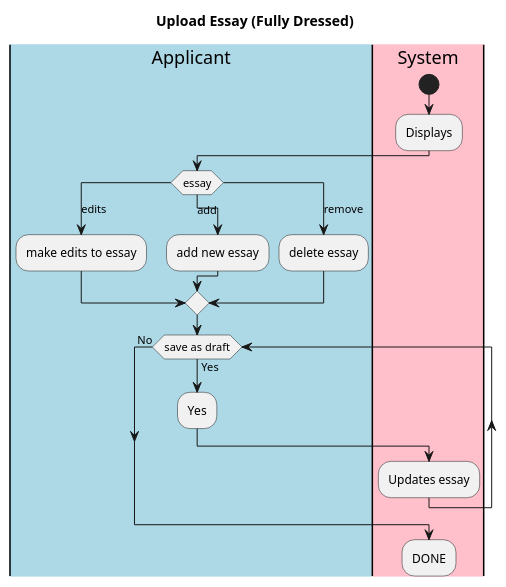
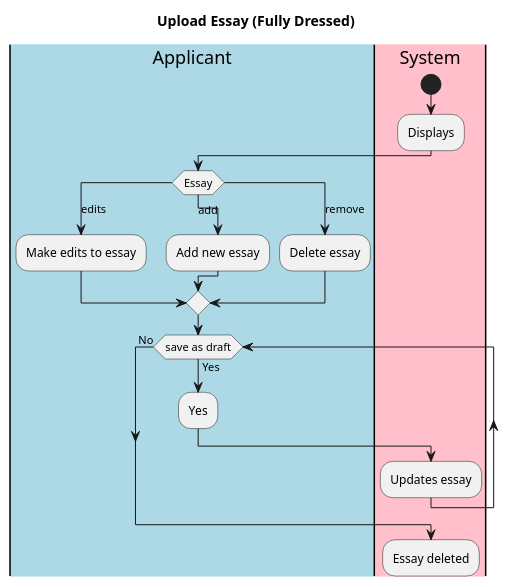
The diagram in intellij/doc/use-cases/ManageEssays.md (jlederer33/Essay-Review-App), drawn with PlantUML before and after one commit.

Commit message:
Edited upload essay

````diff
--- a/intellij/doc/use-cases/ManageEssays.md
+++ b/intellij/doc/use-cases/ManageEssays.md
@@ -1,29 +1,29 @@
 ```plantuml
 
 title Upload Essay (Fully Dressed)
 |#lightblue|Applicant| 
 |#pink|System|
 
 |System|
 start
 :Displays;
 |Applicant|
-switch (essay)
+switch (Essay)
 case (edits)
-:make edits to essay;
+:Make edits to essay;
 case(add)
-:add new essay;
+:Add new essay;
 case (remove)
-:delete essay;
+:Delete essay;
 endswitch
 
 |Applicant|
 while (save as draft) is (Yes)
 :Yes;
 |System|
 :Updates essay;
 endwhile (No)
-:DONE;
+:Essay deleted;
 
 
 ```
````
